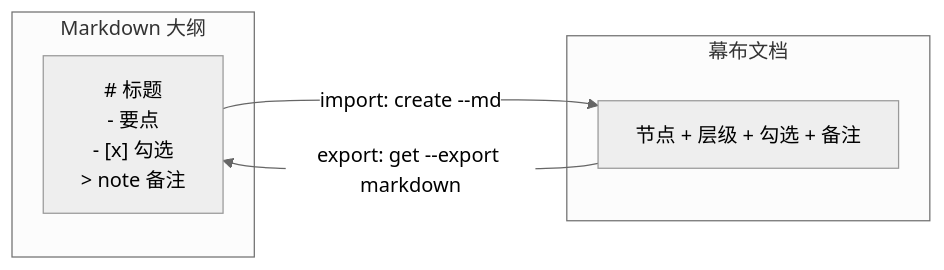
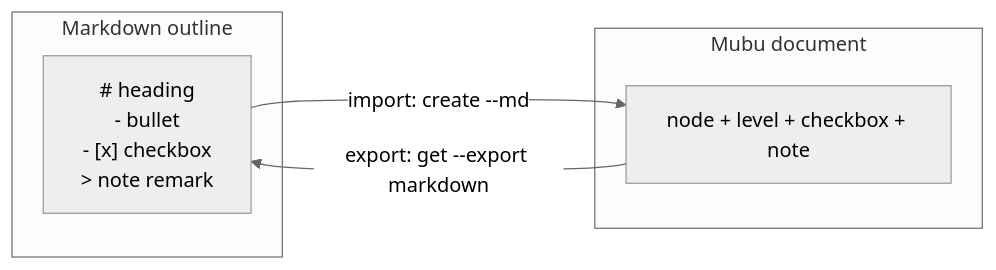
Before and after one commit to liuboacean/mubu-integration: the second of 2 diagrams in README.md, drawn with Mermaid (neutral theme). The commit also changed other lines of this file and 5 other files, not shown here.

````diff
--- a/README.md
+++ b/README.md
@@ -107,11 +156,11 @@
 ```mermaid
 flowchart LR
-    subgraph MD[Markdown 大纲]
-        M["# 标题<br>- 要点<br>- [x] 勾选<br>&gt; note 备注"]
+    subgraph MD[Markdown outline]
+        M["# heading<br>- bullet<br>- [x] checkbox<br>&gt; note remark"]
     end
-    subgraph MU[幕布文档]
-        B["节点 + 层级 + 勾选 + 备注"]
+    subgraph MU[Mubu document]
+        B["node + level + checkbox + note"]
     end
     M -->|import: create --md| B
     B -->|export: get --export markdown| M
 ```
````
